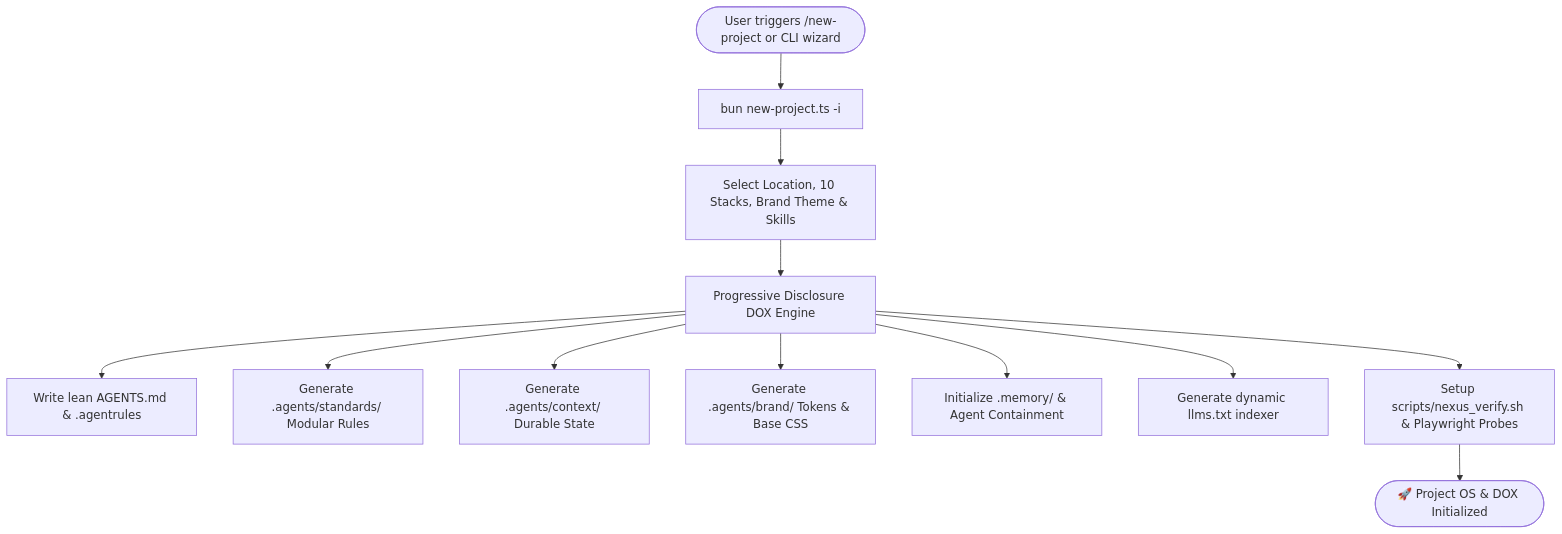
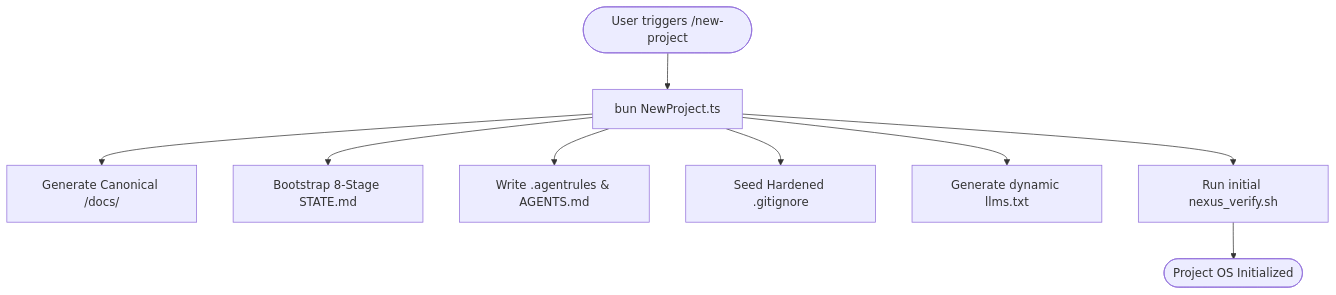
The second of 3 diagrams in docs/ARCHITECTURE.md (harshsinghmp/muse-skills), drawn with Mermaid before and after one commit. The commit also changed other lines of this file and 5 other files, not shown here.

````diff
--- a/docs/ARCHITECTURE.md
+++ b/docs/ARCHITECTURE.md
@@ -177,14 +177,11 @@
 ```mermaid
 graph TD
-    Trigger([User triggers /new-project or CLI wizard]) --> Wizard[bun new-project.ts -i]
-    Wizard --> Input[Select Location, 10 Stacks, Brand Theme & Skills]
-    Input --> DOX[Progressive Disclosure DOX Engine]
-    DOX --> RootDoc[Write lean AGENTS.md & .agentrules]
-    DOX --> Standards[Generate .agents/standards/ Modular Rules]
-    DOX --> Context[Generate .agents/context/ Durable State]
-    DOX --> Brand[Generate .agents/brand/ Tokens & Base CSS]
-    DOX --> Memory[Initialize .memory/ & Agent Containment]
-    DOX --> LLMs[Generate dynamic llms.txt indexer]
-    DOX --> Probes[Setup scripts/nexus_verify.sh & Playwright Probes]
-    Probes --> Ready([🚀 Project OS & DOX Initialized])
+    Trigger([User triggers /new-project]) --> Scaffolder[bun NewProject.ts]
+    Scaffolder --> DocGen[Generate Canonical /docs/]
+    Scaffolder --> StateMachine[Bootstrap 8-Stage STATE.md]
+    Scaffolder --> Governance[Write .agentrules & AGENTS.md]
+    Scaffolder --> Gitignore[Seed Hardened .gitignore]
+    Scaffolder --> LLMs[Generate dynamic llms.txt]
+    Scaffolder --> Verification[Run initial nexus_verify.sh]
+    Verification --> Ready([Project OS Initialized])
 ```
````
